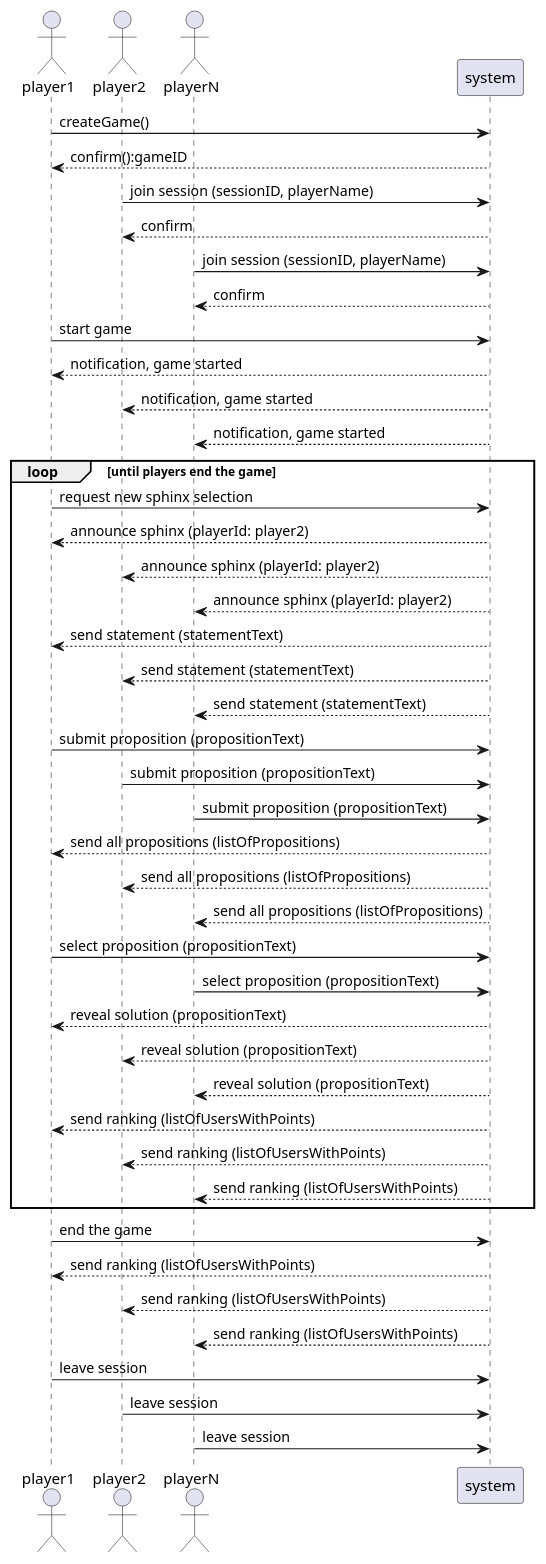
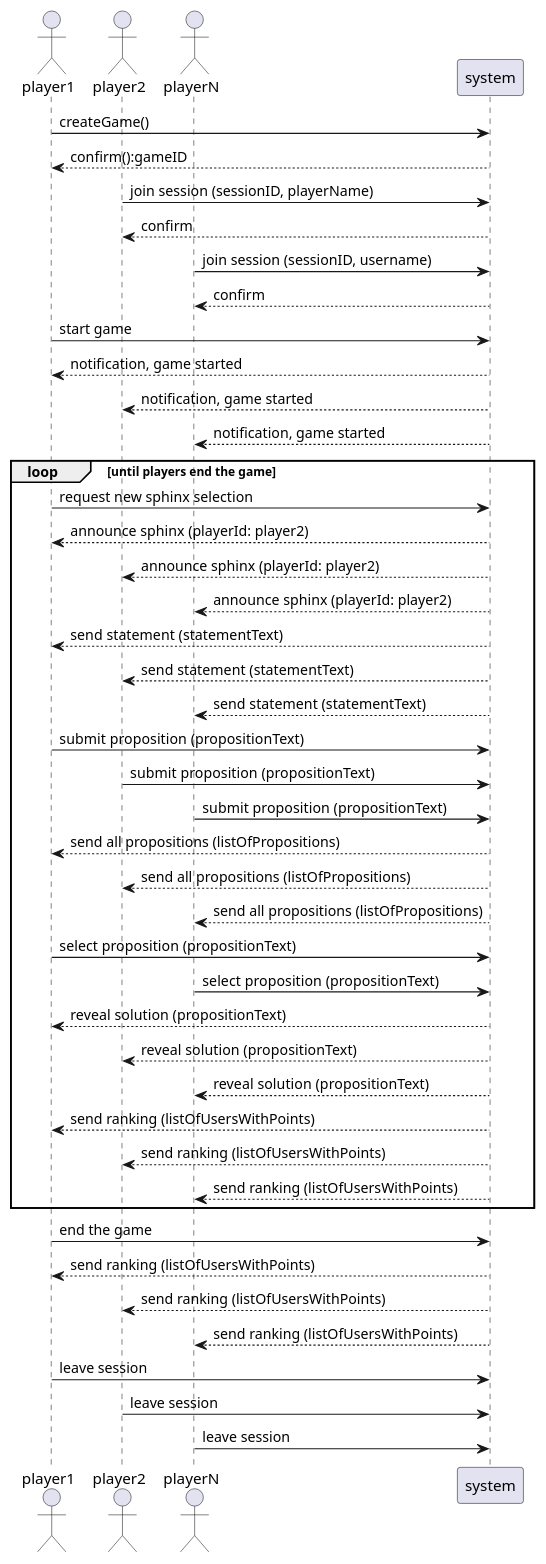
Before and after one commit to patrickwinti/worldwidewalter: the diagram in docs/diagrams/system_sequence_diagram.plantuml, drawn with PlantUML.

Commit message:
[WWW-64] update diagram

```diff
--- a/docs/diagrams/system_sequence_diagram.plantuml
+++ b/docs/diagrams/system_sequence_diagram.plantuml
@@ -1,63 +1,63 @@
 @startuml
 
 actor       player1
 actor       player2
 actor       playerN
 
 
 player1 -> system: createGame()
 system --> player1: confirm():gameID
 
 player2 -> system: join session (sessionID, playerName)
 system --> player2: confirm
 
-playerN -> system: join session (sessionID, playerName)
+playerN -> system: join session (sessionID, username)
 system --> playerN: confirm
 
 player1 -> system: start game
 system --> player1: notification, game started
 system --> player2: notification, game started
 system --> playerN: notification, game started
 
 loop until players end the game
     player1 -> system: request new sphinx selection
 
     system --> player1: announce sphinx (playerId: player2)
     system --> player2: announce sphinx (playerId: player2)
     system --> playerN: announce sphinx (playerId: player2)
 
     system --> player1: send statement (statementText)
     system --> player2: send statement (statementText)
     system --> playerN: send statement (statementText)
 
     player1 -> system: submit proposition (propositionText)
     player2 -> system: submit proposition (propositionText)
     playerN -> system: submit proposition (propositionText)
 
     system --> player1: send all propositions (listOfPropositions)
     system --> player2: send all propositions (listOfPropositions)
     system --> playerN: send all propositions (listOfPropositions)
 
     player1 -> system: select proposition (propositionText)
     playerN -> system: select proposition (propositionText)
 
     system --> player1: reveal solution (propositionText)
     system --> player2: reveal solution (propositionText)
     system --> playerN: reveal solution (propositionText)
 
     system --> player1: send ranking (listOfUsersWithPoints)
     system --> player2: send ranking (listOfUsersWithPoints)
     system --> playerN: send ranking (listOfUsersWithPoints)
 end
 
 player1 -> system: end the game
 
 system --> player1: send ranking (listOfUsersWithPoints)
 system --> player2: send ranking (listOfUsersWithPoints)
 system --> playerN: send ranking (listOfUsersWithPoints)
 
 player1 -> system: leave session
 player2 -> system: leave session
 playerN -> system: leave session
 
 @enduml
```
